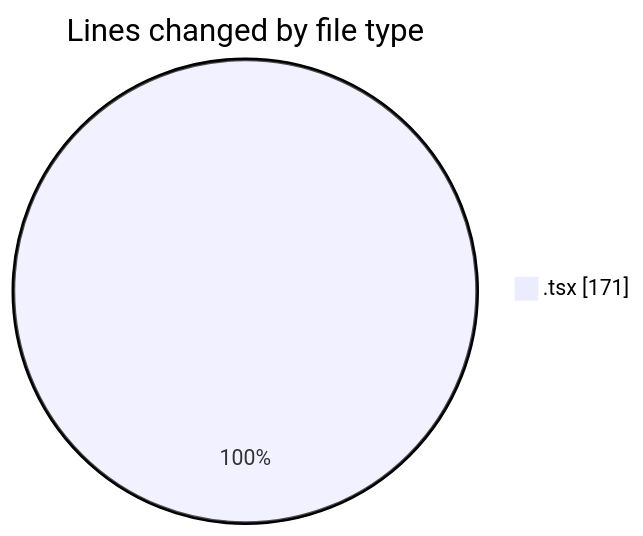
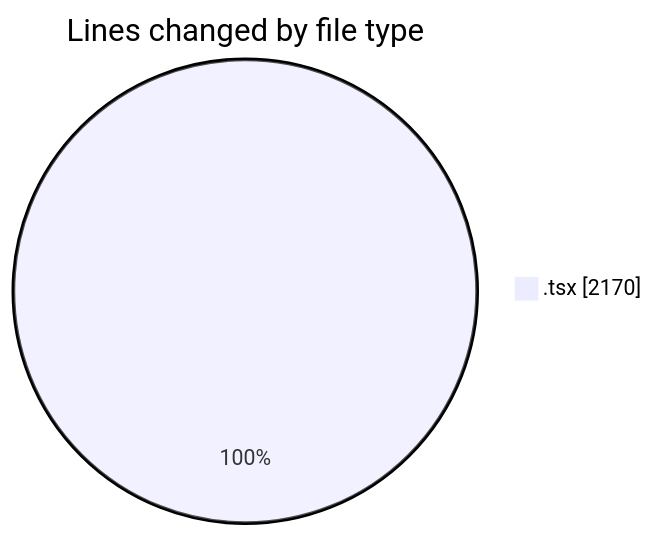
The first of 2 diagrams in 2026-05-28/nxtqube_webapp/README.md (nxtqubesakshisongat/code-tracking), drawn with Mermaid before and after one commit. The commit also changed other lines of this file and 1 other file, not shown here.

````diff
--- a/2026-05-28/nxtqube_webapp/README.md
+++ b/2026-05-28/nxtqube_webapp/README.md
@@ -20,5 +22,5 @@
 ```mermaid
 pie showData
 title Lines changed by file type
-".tsx" : 171
+".tsx" : 2170
 ```
````
